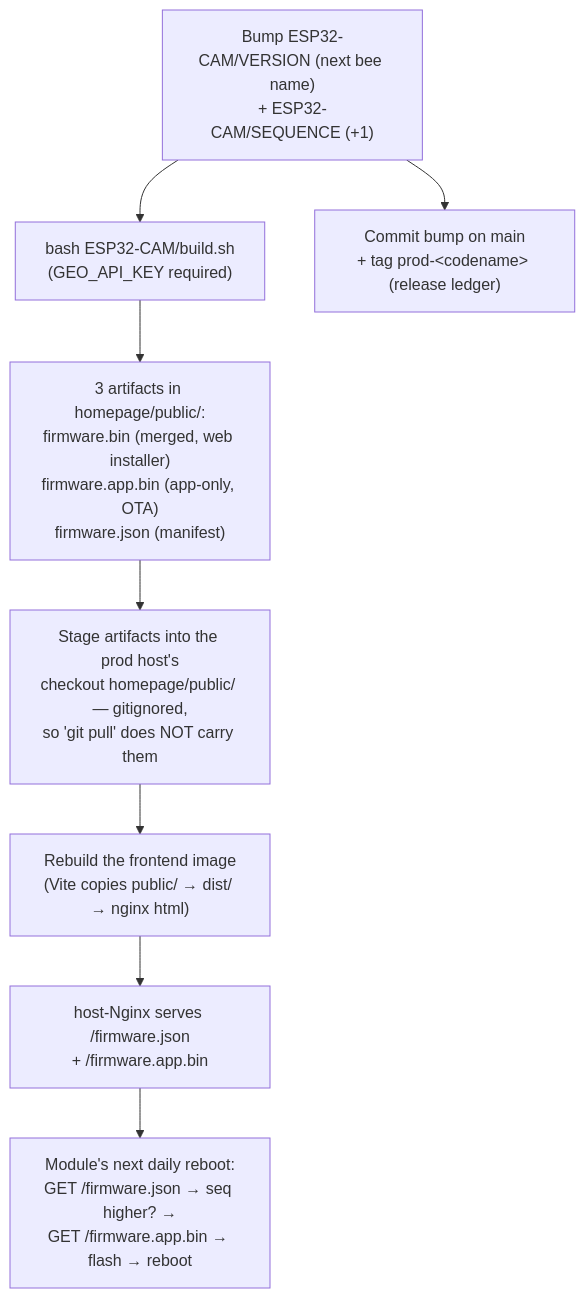
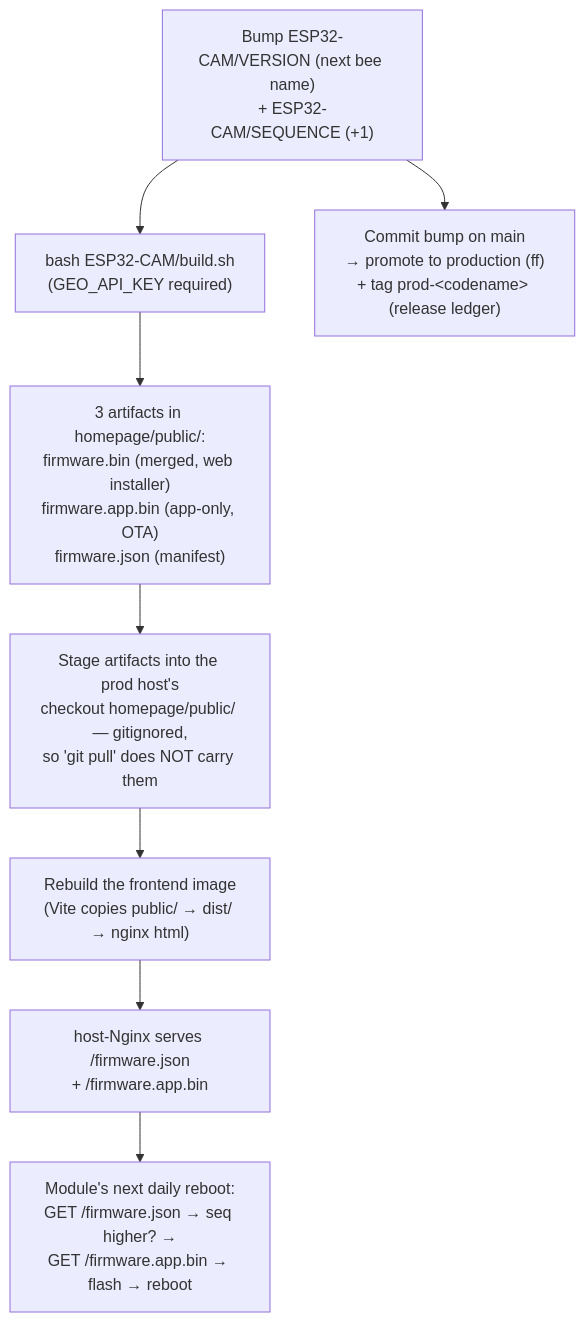
One commit to schutera/highfive changed the diagram in docs/07-deployment-view/firmware-release.md. Above: the diagram before and after it, drawn with Mermaid. The commit also changed other lines of this file and 12 other files, not shown here.

First line of the commit message:
chore: adopt production as the gated release source (#152)

````diff
--- a/docs/07-deployment-view/firmware-release.md
+++ b/docs/07-deployment-view/firmware-release.md
@@ -26,10 +26,10 @@
 ```mermaid
 flowchart TD
     A["Bump ESP32-CAM/VERSION (next bee name)<br/>+ ESP32-CAM/SEQUENCE (+1)"] --> B["bash ESP32-CAM/build.sh<br/>(GEO_API_KEY required)"]
     B --> C["3 artifacts in homepage/public/:<br/>firmware.bin (merged, web installer)<br/>firmware.app.bin (app-only, OTA)<br/>firmware.json (manifest)"]
     C --> D["Stage artifacts into the prod host's<br/>checkout homepage/public/ — gitignored,<br/>so 'git pull' does NOT carry them"]
     D --> E["Rebuild the frontend image<br/>(Vite copies public/ → dist/ → nginx html)"]
     E --> F["host-Nginx serves /firmware.json<br/>+ /firmware.app.bin"]
     F --> G["Module's next daily reboot:<br/>GET /firmware.json → seq higher? →<br/>GET /firmware.app.bin → flash → reboot"]
-    A --> H["Commit bump on main<br/>+ tag prod-&lt;codename&gt; (release ledger)"]
+    A --> H["Commit bump on main<br/>→ promote to production (ff)<br/>+ tag prod-&lt;codename&gt; (release ledger)"]
 ```
````
